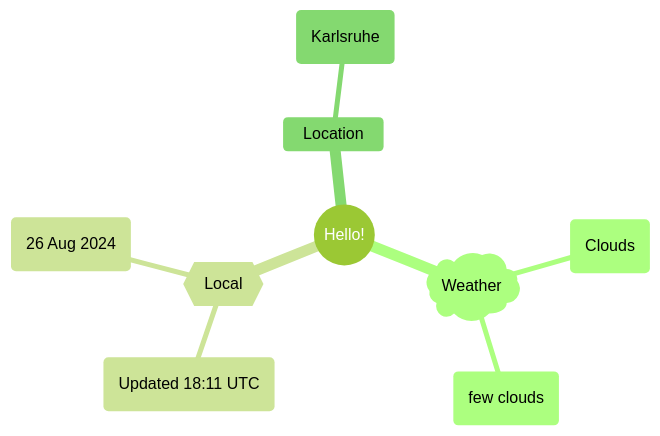
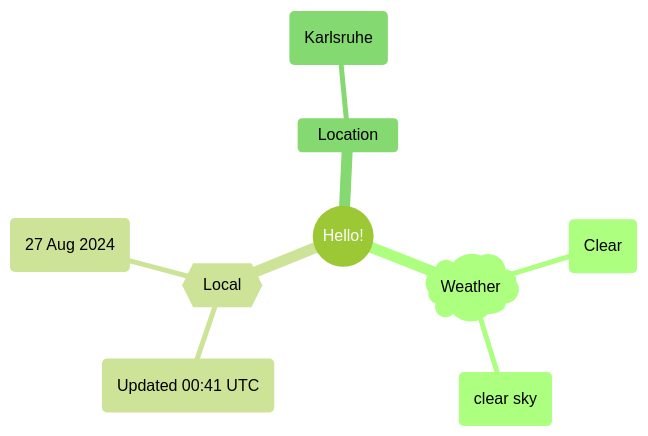
Before and after one commit to Xosrov/Xosrov: the first of 2 diagrams in README.md, drawn with Mermaid (forest theme).

Commit message:
[bot] updated images

````diff
--- a/README.md
+++ b/README.md
@@ -3,12 +3,12 @@
 ```mermaid
 mindmap
   root((Hello!))
     )Weather(
-        (Clouds)
-        (few clouds)
+        (Clear)
+        (clear sky)
     {{Local}}
-        (Updated 18:11 UTC)
-        (26 Aug 2024)
+        (Updated 00:41 UTC)
+        (27 Aug 2024)
     Location
         (Karlsruhe)
 ```
````
